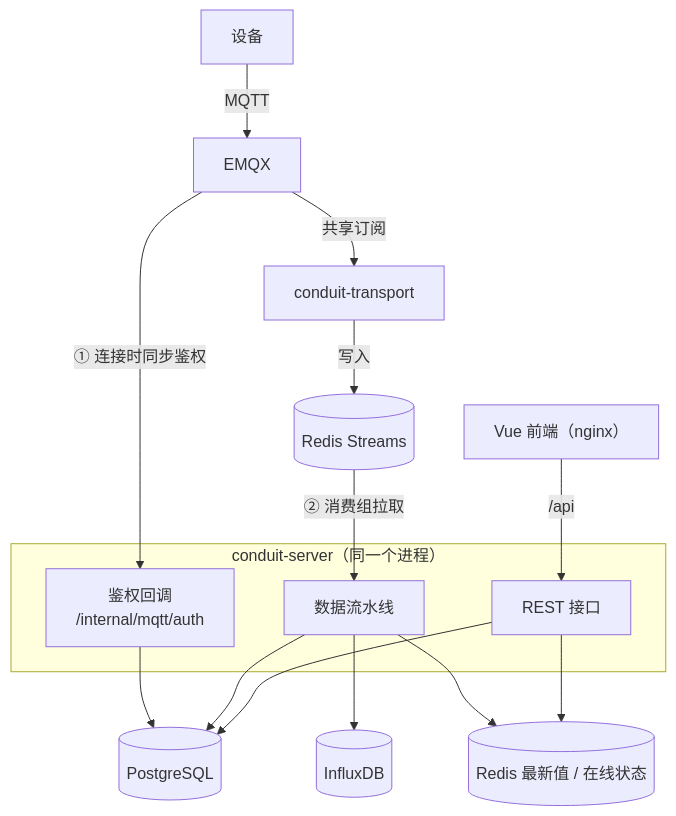
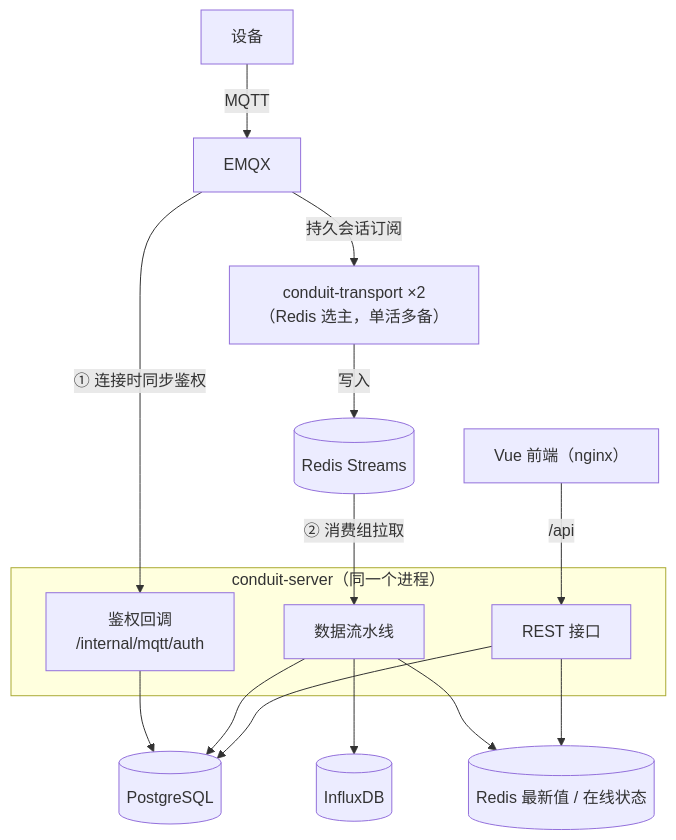
The first of 2 diagrams in README.md (Clarence404/Conduit), drawn with Mermaid before and after one commit. The commit also changed other lines of this file and 6 other files, not shown here.

Commit message:
docs: sync README, CLAUDE.md, roadmap and backlog for V0.2-R

````diff
--- a/README.md
+++ b/README.md
@@ -13,20 +13,20 @@
 ```mermaid
 flowchart TB
     D[设备] -->|MQTT| E[EMQX]
     E -->|"① 连接时同步鉴权"| A
-    E -->|共享订阅| C[conduit-transport]
+    E -->|"持久会话订阅"| C["conduit-transport ×2<br/>（Redis 选主，单活多备）"]
     C -->|写入| R[(Redis Streams)]
     R -->|"② 消费组拉取"| P
     subgraph S["conduit-server（同一个进程）"]
         A["鉴权回调<br/>/internal/mqtt/auth"]
         P[数据流水线]
         API[REST 接口]
     end
     A --> PG[(PostgreSQL)]
     P --> PG
     P --> IF[(InfluxDB)]
     P --> RD[(Redis 最新值 / 在线状态)]
     API --> PG
     API --> RD
     W["Vue 前端（nginx）"] -->|/api| API
 ```
````
